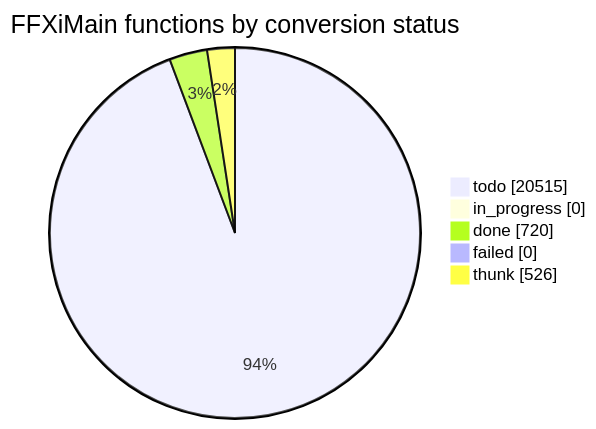
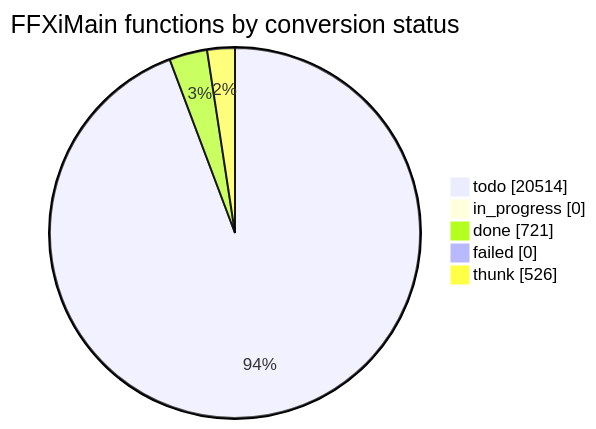
The diagram in docs/cow/STATUS.md (cowrevenge/cow_kuluu_xi_anything), drawn with Mermaid before and after one commit. The commit also changed other lines of this file and 9 other files, not shown here.

````diff
--- a/docs/cow/STATUS.md
+++ b/docs/cow/STATUS.md
@@ -18,9 +18,9 @@
 ```mermaid
 pie showData
     title FFXiMain functions by conversion status
-    "todo" : 20515
+    "todo" : 20514
     "in_progress" : 0
-    "done" : 720
+    "done" : 721
     "failed" : 0
     "thunk" : 526
 ```
````
